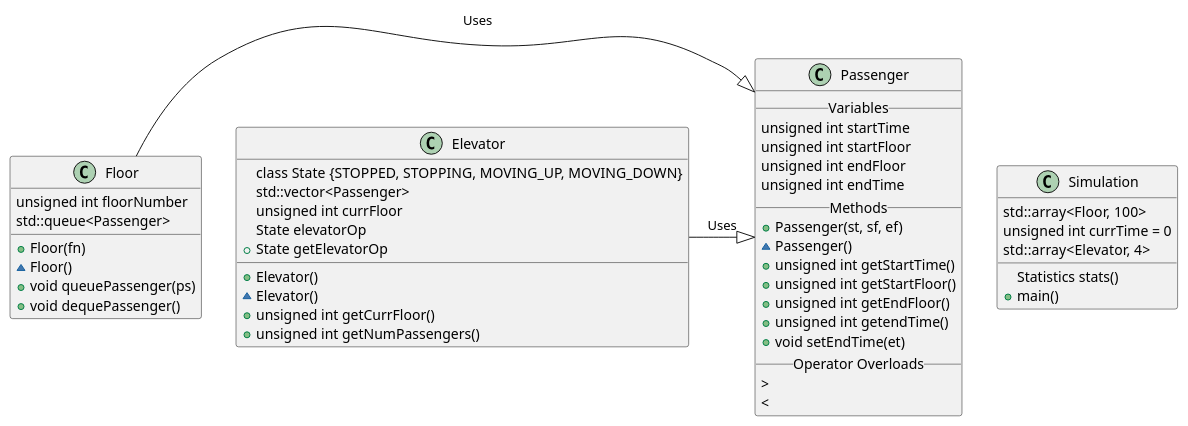
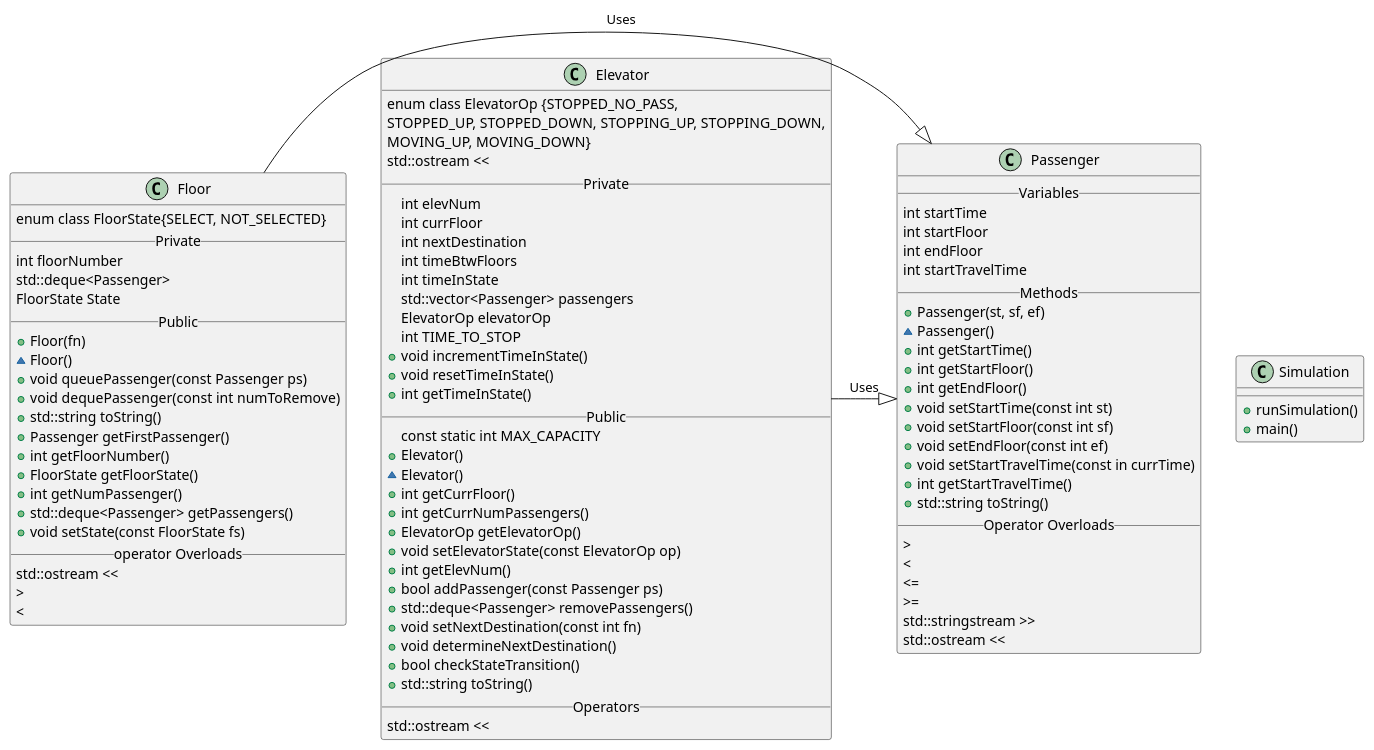
One commit to zacmcnulty123/CPP_grad_school changed the diagram in elevator/design.puml. Above: the diagram before and after it, drawn with PlantUML.

Commit message:
updated design doc

```diff
--- a/elevator/design.puml
+++ b/elevator/design.puml
@@ -1,52 +1,97 @@
 @startuml
 class Passenger {
   __Variables__
-  unsigned int startTime
-  unsigned int startFloor
-  unsigned int endFloor
-  unsigned int endTime
+  int startTime
+  int startFloor
+  int endFloor
+  int startTravelTime
   __Methods__
   +Passenger(st, sf, ef)
   ~Passenger()
-  +unsigned int getStartTime()
-  +unsigned int getStartFloor()
-  +unsigned int getEndFloor()
-  +unsigned int getendTime()
-  +void setEndTime(et)
+  +int getStartTime()
+  +int getStartFloor()
+  +int getEndFloor()
+  +void setStartTime(const int st)
+  +void setStartFloor(const int sf)
+  +void setEndFloor(const int ef)
+  +void setStartTravelTime(const in currTime)
+  +int getStartTravelTime()
+  +std::string toString()
   __Operator Overloads__
+  >
+  <
+  '=='
+  <=
+  >=
+  std::stringstream >>
+  std::ostream <<
+}
+
+class Floor {
+  enum class FloorState{SELECT, NOT_SELECTED}
+  __Private__
+  int floorNumber
+  std::deque<Passenger>
+  FloorState State
+  __Public__
+  +Floor(fn)
+  ~Floor()
+  +void queuePassenger(const Passenger ps)
+  +void dequePassenger(const int numToRemove)
+  +std::string toString()
+  +Passenger getFirstPassenger()
+  +int getFloorNumber()
+  +FloorState getFloorState()
+  +int getNumPassenger()
+  +std::deque<Passenger> getPassengers()
+  +void setState(const FloorState fs)
+  __operator Overloads__
+  std::ostream <<
   >
   <
 }
 
-class Floor {
-  unsigned int floorNumber
-  std::queue<Passenger>
-  +Floor(fn)
-  ~Floor()
-  +void queuePassenger(ps)
-  +void dequePassenger()
-}
-
 class Elevator {
-  class State {STOPPED, STOPPING, MOVING_UP, MOVING_DOWN}
-  std::vector<Passenger>
-  unsigned int currFloor
-  State elevatorOp
+  enum class ElevatorOp {STOPPED_NO_PASS,
+    STOPPED_UP, STOPPED_DOWN, STOPPING_UP, STOPPING_DOWN,
+    MOVING_UP, MOVING_DOWN}
+  std::ostream <<
+  __Private__
+  int elevNum
+  int currFloor
+  int nextDestination
+  int timeBtwFloors
+  int timeInState
+  std::vector<Passenger> passengers
+  ElevatorOp elevatorOp
+  int TIME_TO_STOP
+  +void incrementTimeInState()
+  +void resetTimeInState()
+  +int getTimeInState()
+  __Public__
+  const static int MAX_CAPACITY
   +Elevator()
   ~Elevator()
-  +unsigned int getCurrFloor()
-  +unsigned int getNumPassengers()
-  +State getElevatorOp
+  +int getCurrFloor()
+  +int getCurrNumPassengers()
+  +ElevatorOp getElevatorOp()
+  +void setElevatorState(const ElevatorOp op)
+  +int getElevNum()
+  +bool addPassenger(const Passenger ps)
+  +std::deque<Passenger> removePassengers()
+  +void setNextDestination(const int fn)
+  +void determineNextDestination()
+  +bool checkStateTransition()
+  +std::string toString()
+  __Operators__
+  std::ostream <<
 }
 
 class Simulation {
-  std::array<Floor, 100>
-  unsigned int currTime = 0
-  Statistics stats()
-  std::array<Elevator, 4>
+  +runSimulation()
   +main()
 }
 
 Floor -|> Passenger : Uses
 Elevator -|> Passenger : Uses
 @enduml
```
